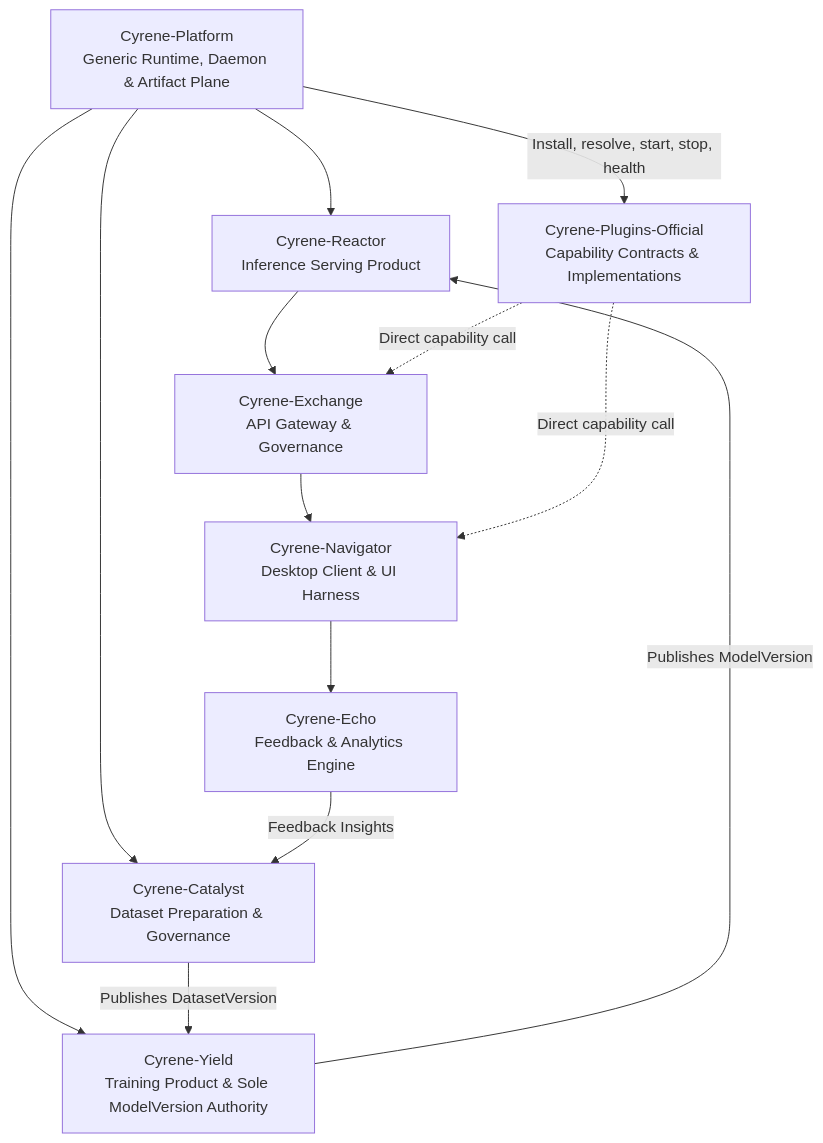
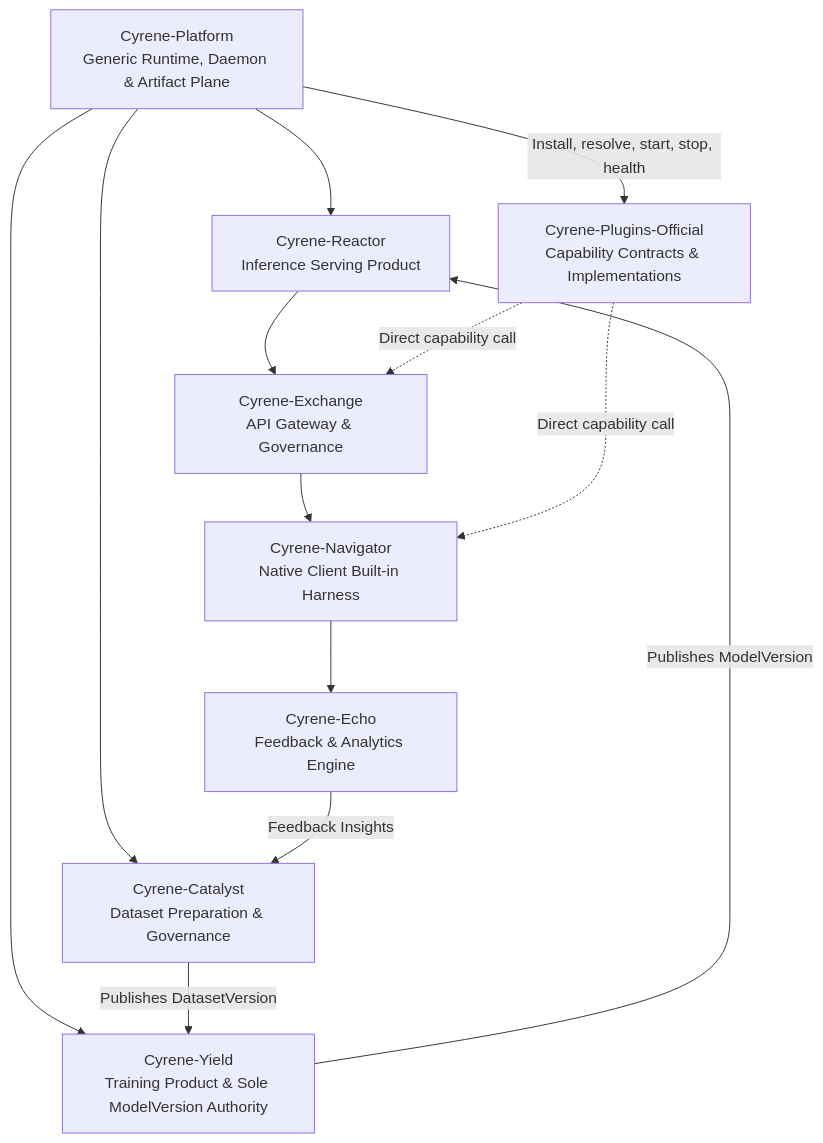
Before and after one commit to DoHorizon-AI/Cyrene-Workspace: the first of 2 diagrams in docs/ARCHITECTURE.md, drawn with Mermaid. The commit also changed other lines of this file and 4 other files, not shown here.

Commit message:
docs(workspace): align Navigator product definition to headless native harness

````diff
--- a/docs/ARCHITECTURE.md
+++ b/docs/ARCHITECTURE.md
@@ -8,18 +8,18 @@
 ```mermaid
 graph TD
     Platform[Cyrene-Platform<br/>Generic Runtime, Daemon & Artifact Plane] --> Reactor[Cyrene-Reactor<br/>Inference Serving Product]
     Platform --> Yield[Cyrene-Yield<br/>Training Product & Sole ModelVersion Authority]
     Platform --> Catalyst[Cyrene-Catalyst<br/>Dataset Preparation & Governance]
     
     Yield -->|Publishes ModelVersion| Reactor
     Catalyst -->|Publishes DatasetVersion| Yield
     
     Reactor --> Exchange[Cyrene-Exchange<br/>API Gateway & Governance]
-    Exchange --> Navigator[Cyrene-Navigator<br/>Desktop Client & UI Harness]
+    Exchange --> Navigator[Cyrene-Navigator<br/>Native Client Built-in Harness]
     Navigator --> Echo[Cyrene-Echo<br/>Feedback & Analytics Engine]
     Echo -->|Feedback Insights| Catalyst
     
     Platform -->|Install, resolve, start, stop, health| Plugins[Cyrene-Plugins-Official<br/>Capability Contracts & Implementations]
     Plugins -.->|Direct capability call| Navigator
     Plugins -.->|Direct capability call| Exchange
 ```
````
